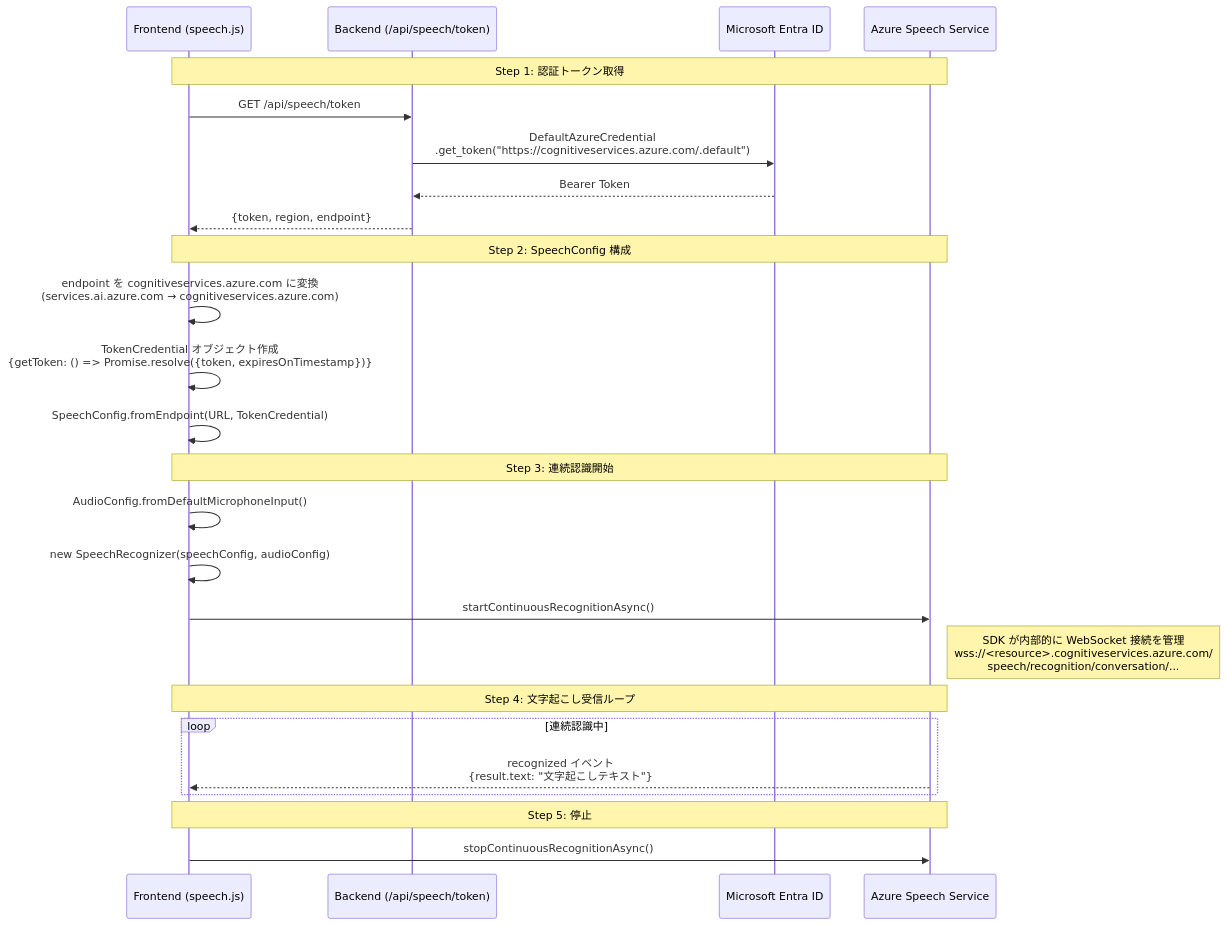
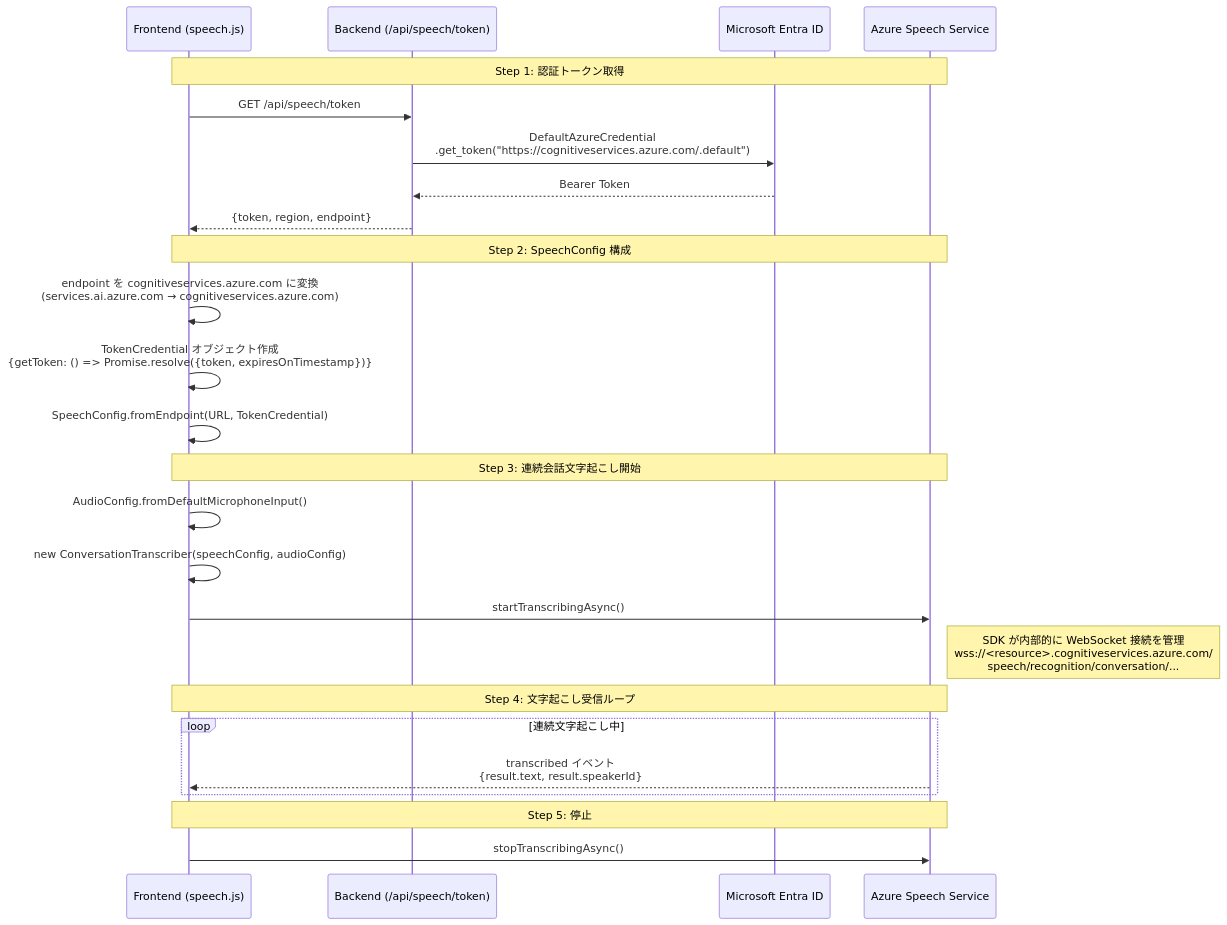
One commit to hatasaki/Interview-Assistant-AI changed diagram 14 of 22 in spec/architecture.md. Above: the diagram before and after it, drawn with Mermaid. The commit also changed other lines of this file and 10 other files, not shown here.

````diff
--- a/spec/architecture.md
+++ b/spec/architecture.md
@@ -597,32 +597,32 @@
 ```mermaid
 sequenceDiagram
     participant FE as Frontend (speech.js)
     participant BE as Backend (/api/speech/token)
     participant EntraID as Microsoft Entra ID
     participant Speech as Azure Speech Service
 
     Note over FE,Speech: Step 1: 認証トークン取得
     FE->>BE: GET /api/speech/token
     BE->>EntraID: DefaultAzureCredential<br/>.get_token("https://cognitiveservices.azure.com/.default")
     EntraID-->>BE: Bearer Token
     BE-->>FE: {token, region, endpoint}
 
     Note over FE,Speech: Step 2: SpeechConfig 構成
     FE->>FE: endpoint を cognitiveservices.azure.com に変換<br/>(services.ai.azure.com → cognitiveservices.azure.com)
     FE->>FE: TokenCredential オブジェクト作成<br/>{getToken: () => Promise.resolve({token, expiresOnTimestamp})}
     FE->>FE: SpeechConfig.fromEndpoint(URL, TokenCredential)
 
-    Note over FE,Speech: Step 3: 連続認識開始
+    Note over FE,Speech: Step 3: 連続会話文字起こし開始
     FE->>FE: AudioConfig.fromDefaultMicrophoneInput()
-    FE->>FE: new SpeechRecognizer(speechConfig, audioConfig)
-    FE->>Speech: startContinuousRecognitionAsync()
+    FE->>FE: new ConversationTranscriber(speechConfig, audioConfig)
+    FE->>Speech: startTranscribingAsync()
     Note right of Speech: SDK が内部的に WebSocket 接続を管理<br/>wss://<resource>.cognitiveservices.azure.com/<br/>speech/recognition/conversation/...
 
     Note over FE,Speech: Step 4: 文字起こし受信ループ
-    loop 連続認識中
-        Speech-->>FE: recognized イベント<br/>{result.text: "文字起こしテキスト"}
+    loop 連続文字起こし中
+        Speech-->>FE: transcribed イベント<br/>{result.text, result.speakerId}
     end
 
     Note over FE,Speech: Step 5: 停止
-    FE->>Speech: stopContinuousRecognitionAsync()
+    FE->>Speech: stopTranscribingAsync()
 ```
````
